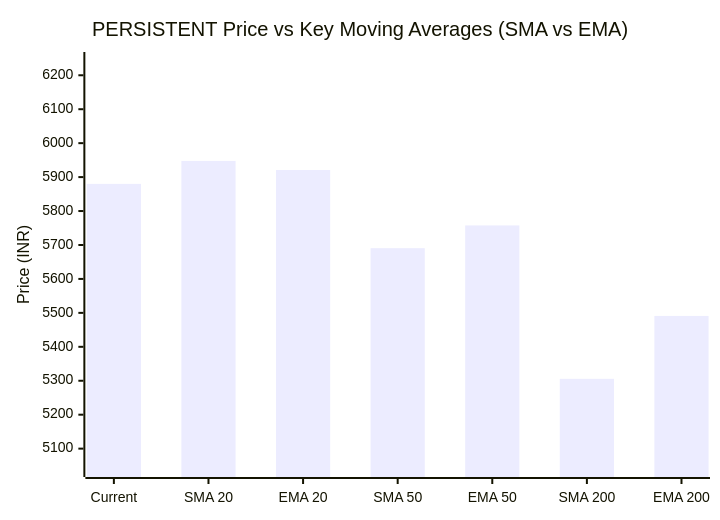
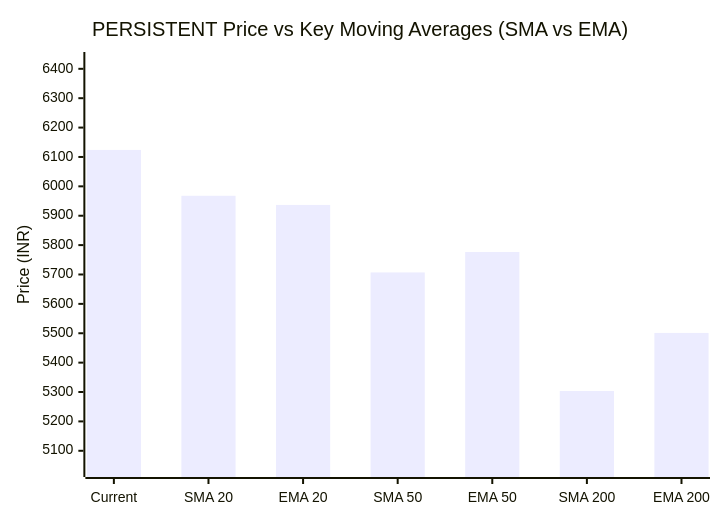
One commit to purnareddy9/dev changed the third of 3 diagrams in market-intelligence/stocks/PERSISTENT/latest.md. Above: the diagram before and after it, drawn with Mermaid. The commit also changed other lines of this file and 4 other files, not shown here.

````diff
--- a/market-intelligence/stocks/PERSISTENT/latest.md
+++ b/market-intelligence/stocks/PERSISTENT/latest.md
@@ -104,7 +104,7 @@
 ```mermaid
 xychart-beta
     title "PERSISTENT Price vs Key Moving Averages (SMA vs EMA)"
     x-axis ["Current", "SMA 20", "EMA 20", "SMA 50", "EMA 50", "SMA 200", "EMA 200"]
-    y-axis "Price (INR)" 5040 --> 6245
-    bar [5880.0, 5947.7, 5920.83, 5690.57, 5757.6, 5305.72, 5490.98]
+    y-axis "Price (INR)" 5038 --> 6430
+    bar [6124.0, 5967.95, 5936.66, 5706.99, 5776.58, 5303.6, 5501.12]
 ```
````
